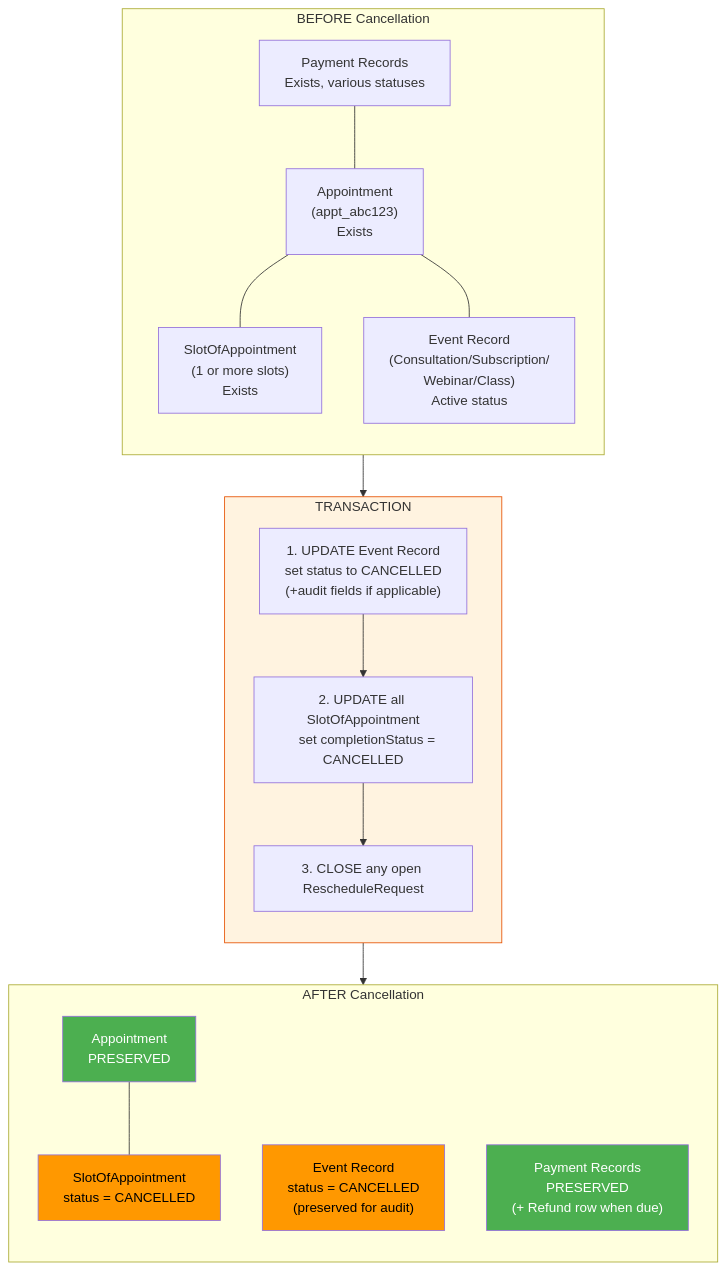
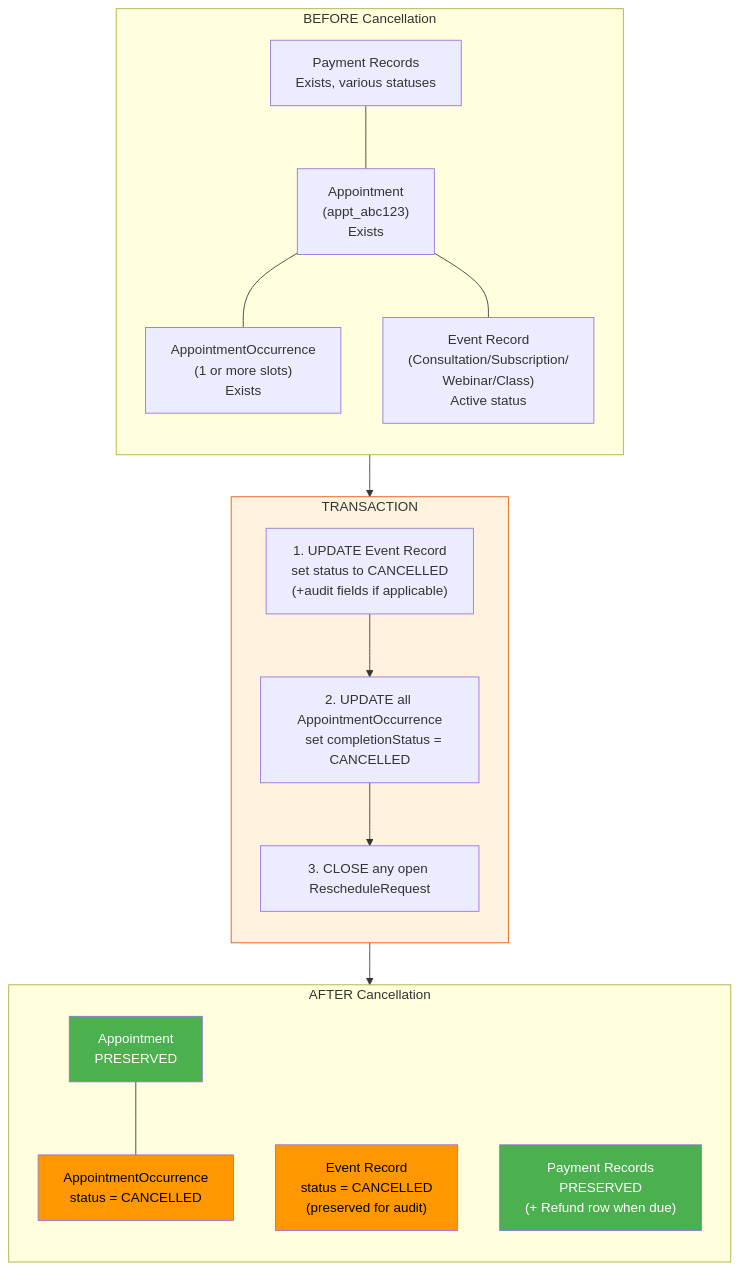
The eighth of 14 diagrams in docs/booking/08-cancellation-flow.md (Practitionist/familiarise_web), drawn with Mermaid before and after one commit. The commit also changed other lines of this file and 107 other files, not shown here.

Commit message:
docs(vocabulary): the scheduling glossary, booking, feedback, support, stream and review docs speak AppointmentOccurrence, Meeting and Trial (#1554)

````diff
--- a/docs/booking/08-cancellation-flow.md
+++ b/docs/booking/08-cancellation-flow.md
@@ -855,32 +855,32 @@
 ```mermaid
 flowchart TD
     subgraph BEFORE["BEFORE Cancellation"]
         direction TB
-        A1["Appointment\n(appt_abc123)\nExists"] --- B1["SlotOfAppointment\n(1 or more slots)\nExists"]
+        A1["Appointment\n(appt_abc123)\nExists"] --- B1["AppointmentOccurrence\n(1 or more slots)\nExists"]
         A1 --- C1["Event Record\n(Consultation/Subscription/\nWebinar/Class)\nActive status"]
         D1["Payment Records\nExists, various statuses"] --- A1
     end
 
     subgraph TRANSACTION["TRANSACTION"]
         direction TB
         T1["1. UPDATE Event Record\n   set status to CANCELLED\n   (+audit fields if applicable)"]
-        T2["2. UPDATE all SlotOfAppointment\n   set completionStatus = CANCELLED"]
+        T2["2. UPDATE all AppointmentOccurrence\n   set completionStatus = CANCELLED"]
         T3["3. CLOSE any open RescheduleRequest"]
         T1 --> T2 --> T3
     end
 
     subgraph AFTER["AFTER Cancellation"]
         direction TB
-        A2["Appointment\nPRESERVED"] --- B2["SlotOfAppointment\nstatus = CANCELLED"]
+        A2["Appointment\nPRESERVED"] --- B2["AppointmentOccurrence\nstatus = CANCELLED"]
         C2["Event Record\nstatus = CANCELLED\n(preserved for audit)"]
         D2["Payment Records\nPRESERVED\n(+ Refund row when due)"]
     end
 
     BEFORE --> TRANSACTION --> AFTER
 
     style A2 fill:#4caf50,color:#fff
     style B2 fill:#ff9800,color:#000
     style C2 fill:#ff9800,color:#000
     style D2 fill:#4caf50,color:#fff
     style TRANSACTION fill:#fff3e0,stroke:#e65100
 ```
````
